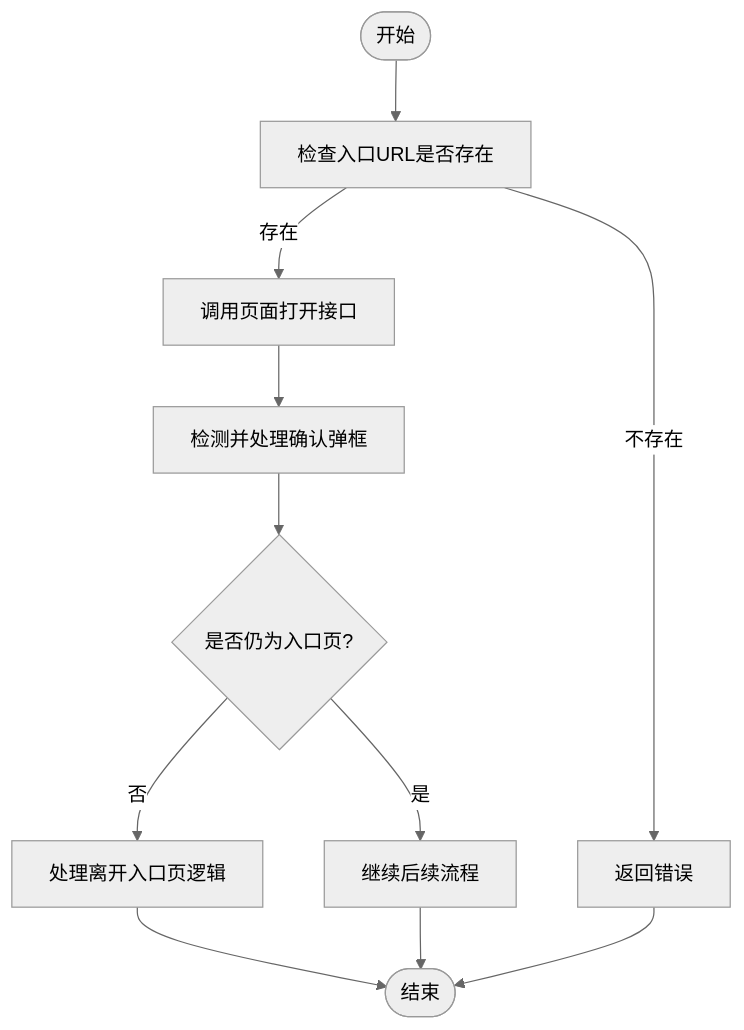
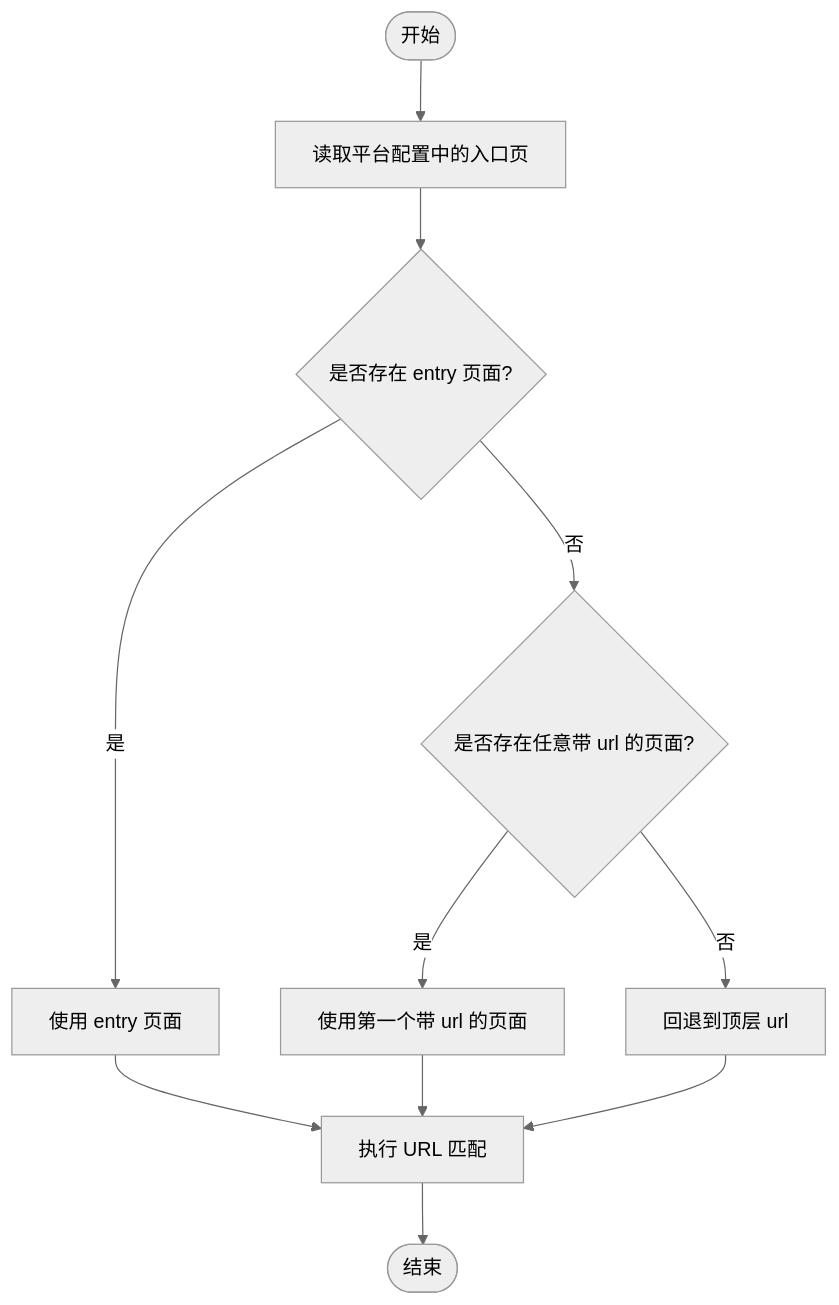
The third of 8 diagrams in .qoder/repowiki/zh/content/本地执行器/平台适配器/Boss直聘适配器/页面导航控制.md (alvinwangzi/goodhr), drawn with Mermaid (neutral theme) before and after one commit. The commit also changed other lines of this file and 149 other files, not shown here.

````diff
--- a/.qoder/repowiki/zh/content/本地执行器/平台适配器/Boss直聘适配器/页面导航控制.md
+++ b/.qoder/repowiki/zh/content/本地执行器/平台适配器/Boss直聘适配器/页面导航控制.md
@@ -130,13 +142,13 @@
 ```mermaid
 flowchart TD
-Start(["开始"]) --> CheckEntry["检查入口URL是否存在"]
-CheckEntry --> |存在| OpenPage["调用页面打开接口"]
-CheckEntry --> |不存在| ReturnErr["返回错误"]
-OpenPage --> PrepareDialog["检测并处理确认弹框"]
-PrepareDialog --> IsEntry{"是否仍为入口页?"}
-IsEntry --> |是| Continue["继续后续流程"]
-IsEntry --> |否| HandleExit["处理离开入口页逻辑"]
-HandleExit --> End(["结束"])
-Continue --> End
-ReturnErr --> End
+Start(["开始"]) --> ReadCfg["读取平台配置中的入口页"]
+ReadCfg --> HasEntry{"是否存在 entry 页面?"}
+HasEntry --> |是| UseEntry["使用 entry 页面"]
+HasEntry --> |否| AnyUrl{"是否存在任意带 url 的页面?"}
+AnyUrl --> |是| UseAny["使用第一个带 url 的页面"]
+AnyUrl --> |否| FallbackUrl["回退到顶层 url"]
+UseEntry --> Match["执行 URL 匹配"]
+UseAny --> Match
+FallbackUrl --> Match
+Match --> End(["结束"])
 ```
````
